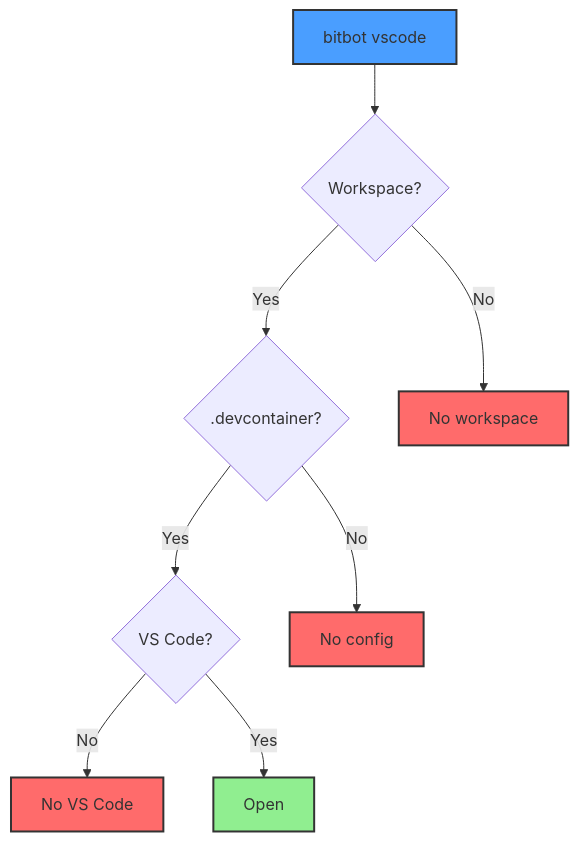
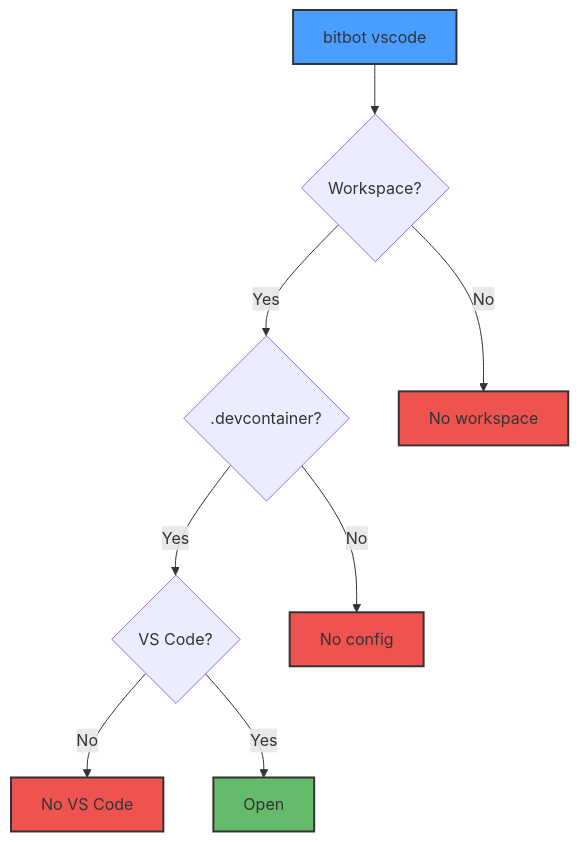
One commit to ManuelKugelmann/BitBot changed the sixth of 6 diagrams in sparc/3-architecture/diagrams/04-vscode-integration.md. Above: the diagram before and after it, drawn with Mermaid. The commit also changed other lines of this file and 6 other files, not shown here.

First line of the commit message:
Improve diagram colors for better dark text contrast

````diff
--- a/sparc/3-architecture/diagrams/04-vscode-integration.md
+++ b/sparc/3-architecture/diagrams/04-vscode-integration.md
@@ -396,25 +396,25 @@
 ```mermaid
 flowchart TD
     START[bitbot vscode]
     CHECK_WS{Workspace?}
     CHECK_DC{.devcontainer?}
     CHECK_CODE{VS Code?}
     SUCCESS[Open]
     ERROR1[No workspace]
     ERROR2[No config]
     ERROR3[No VS Code]
 
     START --> CHECK_WS
     CHECK_WS -->|No| ERROR1
     CHECK_WS -->|Yes| CHECK_DC
     CHECK_DC -->|No| ERROR2
     CHECK_DC -->|Yes| CHECK_CODE
     CHECK_CODE -->|No| ERROR3
     CHECK_CODE -->|Yes| SUCCESS
 
     style START fill:#4a9eff,stroke:#333,stroke-width:2px
-    style ERROR1 fill:#ff6b6b,stroke:#333,stroke-width:2px
-    style ERROR2 fill:#ff6b6b,stroke:#333,stroke-width:2px
-    style ERROR3 fill:#ff6b6b,stroke:#333,stroke-width:2px
-    style SUCCESS fill:#90ee90,stroke:#333,stroke-width:2px
+    style ERROR1 fill:#ef5350,stroke:#333,stroke-width:2px
+    style ERROR2 fill:#ef5350,stroke:#333,stroke-width:2px
+    style ERROR3 fill:#ef5350,stroke:#333,stroke-width:2px
+    style SUCCESS fill:#66bb6a,stroke:#333,stroke-width:2px
 ```
````
